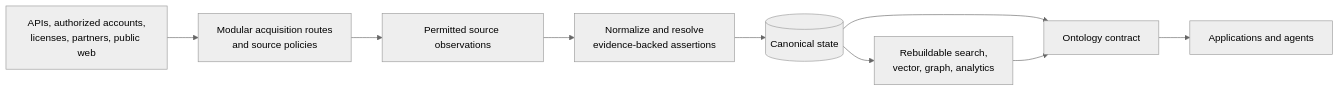
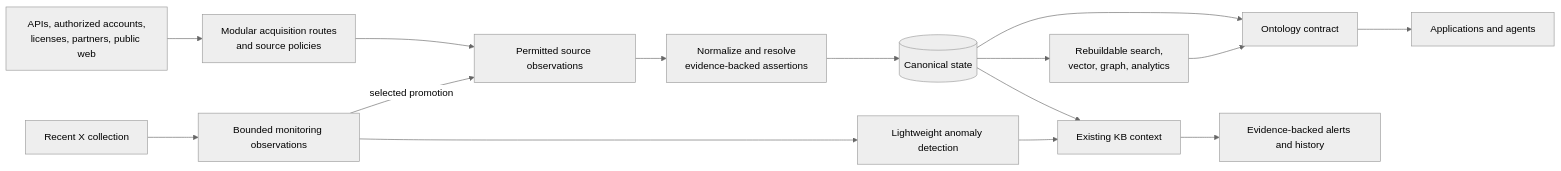
Before and after one commit to jinroylee/social-marketing-intelligence: the second of 2 diagrams in POPOSAL.md, drawn with Mermaid (neutral theme). The commit also changed other lines of this file and 143 other files, not shown here.

````diff
--- a/POPOSAL.md
+++ b/POPOSAL.md
@@ -50,11 +62,17 @@
 ```mermaid
 flowchart LR
     S[APIs, authorized accounts,<br/>licenses, partners, public web] --> R[Modular acquisition routes<br/>and source policies]
     R --> O[Permitted source observations]
     O --> N[Normalize and resolve<br/>evidence-backed assertions]
     N --> C[(Canonical state)]
     C --> P[Rebuildable search,<br/>vector, graph, analytics]
     C --> T[Ontology contract]
     P --> T
     T --> A[Applications and agents]
+    X[Recent X collection] --> M[Bounded monitoring observations]
+    M --> D[Lightweight anomaly detection]
+    C --> K[Existing KB context]
+    D --> K
+    K --> H[Evidence-backed alerts and history]
+    M -->|selected promotion| O
 ```
````
